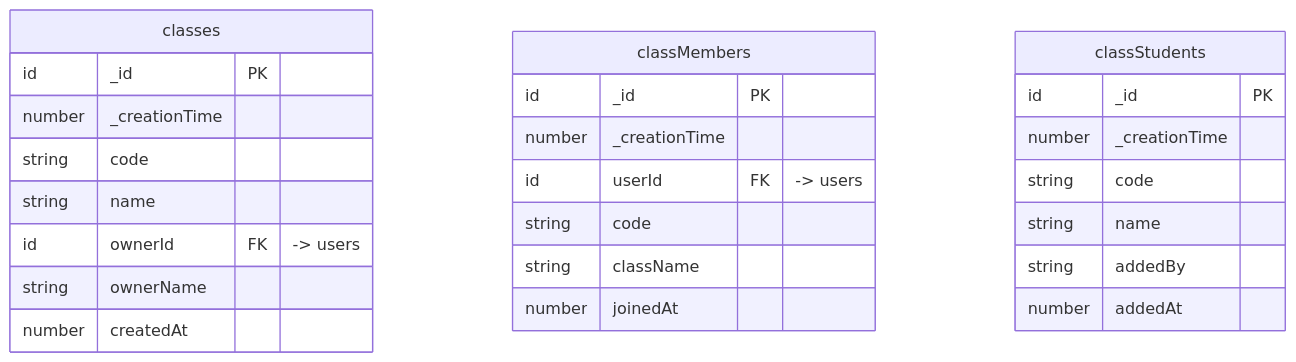
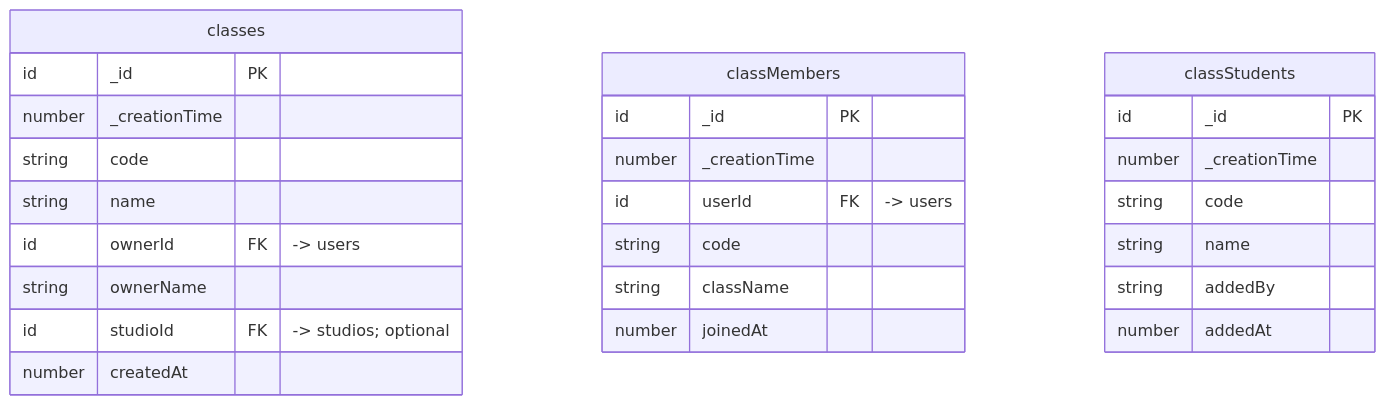
The fifth of 8 diagrams in docs/data-model.md (ZabuzaThePython/natyavaultuse), drawn with Mermaid before and after one commit. The commit also changed other lines of this file and 30 other files, not shown here.

````diff
--- a/docs/data-model.md
+++ b/docs/data-model.md
@@ -208,28 +248,29 @@
 ```mermaid
 erDiagram
   classes {
     id _id PK
     number _creationTime
     string code
     string name
     id ownerId FK "-> users"
     string ownerName
+    id studioId FK "-> studios; optional"
     number createdAt
   }
   classMembers {
     id _id PK
     number _creationTime
     id userId FK "-> users"
     string code
     string className
     number joinedAt
   }
   classStudents {
     id _id PK
     number _creationTime
     string code
     string name
     string addedBy
     number addedAt
   }
 ```
````
